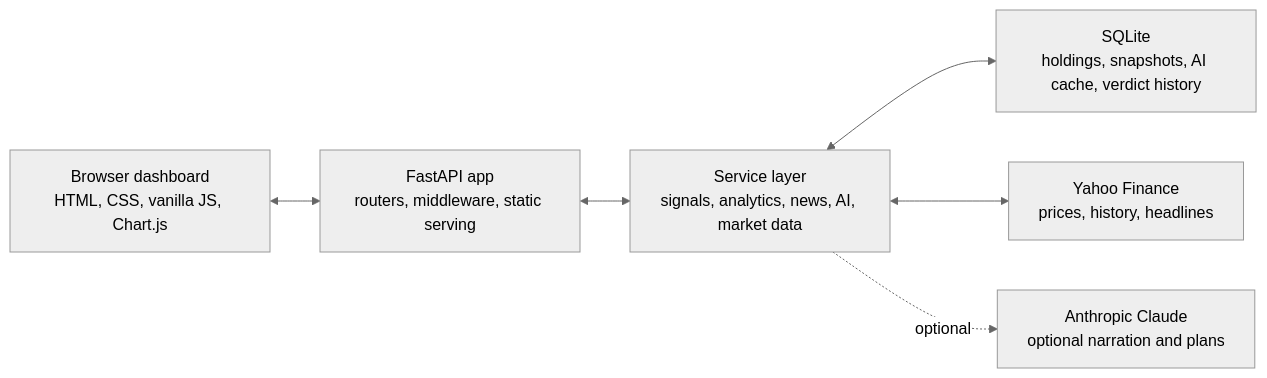
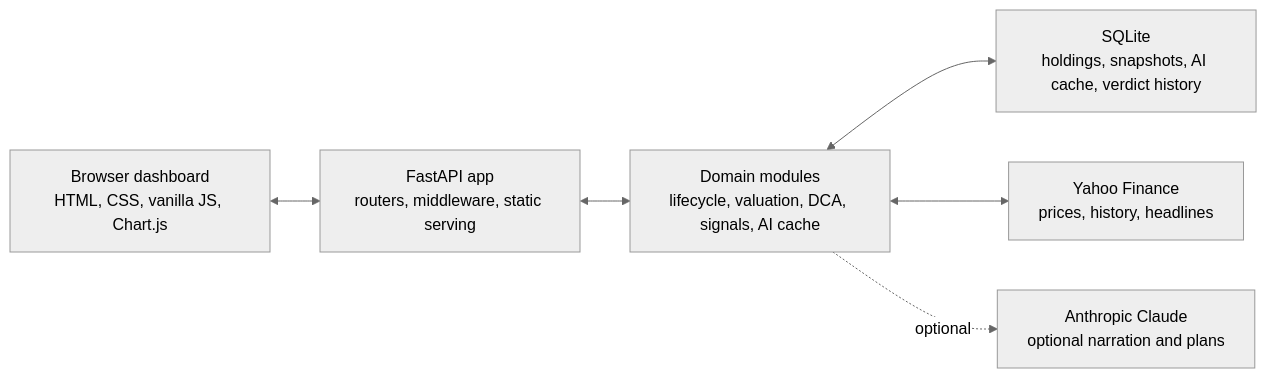
One commit to udhawan97/FolioOrb changed the diagram in README.md. Above: the diagram before and after it, drawn with Mermaid (neutral theme). The commit also changed other lines of this file and 29 other files, not shown here.

Commit message:
Deepen portfolio architecture modules

````diff
--- a/README.md
+++ b/README.md
@@ -221,15 +221,15 @@
 ```mermaid
 flowchart LR
     browser["Browser dashboard<br>HTML, CSS, vanilla JS, Chart.js"]
     api["FastAPI app<br>routers, middleware, static serving"]
-    services["Service layer<br>signals, analytics, news, AI, market data"]
+    services["Domain modules<br>lifecycle, valuation, DCA, signals, AI cache"]
     db["SQLite<br>holdings, snapshots, AI cache, verdict history"]
     yahoo["Yahoo Finance<br>prices, history, headlines"]
     claude["Anthropic Claude<br>optional narration and plans"]
 
     browser <--> api
     api <--> services
     services <--> db
     services <--> yahoo
     services -. optional .-> claude
 ```
````
